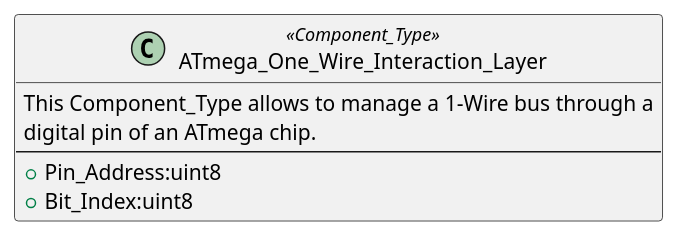
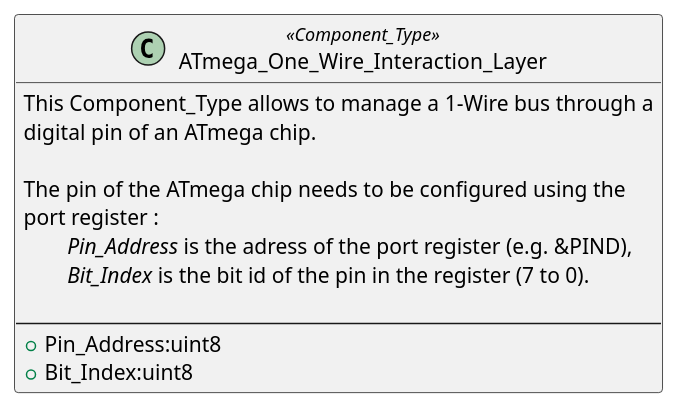
Before and after one commit to HomeMadeBots/ATmega_One_Wire: the diagram in doc/ATmega_One_Wire_Interaction_Layer.puml, drawn with PlantUML. The commit also changed 5 other files, not shown here.

```diff
--- a/doc/ATmega_One_Wire_Interaction_Layer.puml
+++ b/doc/ATmega_One_Wire_Interaction_Layer.puml
@@ -1,12 +1,18 @@
 @startuml
 
 class ATmega_One_Wire_Interaction_Layer <<Component_Type>>
 {
   This Component_Type allows to manage a 1-Wire bus through a
   digital pin of an ATmega chip.
+  
+  The pin of the ATmega chip needs to be configured using the
+  port register :
+  \t//Pin_Address// is the adress of the port register (e.g. &PIND),
+  \t//Bit_Index// is the bit id of the pin in the register (7 to 0).
+  
   --
   +Pin_Address:uint8
   +Bit_Index:uint8
 }
 
 @enduml
```
